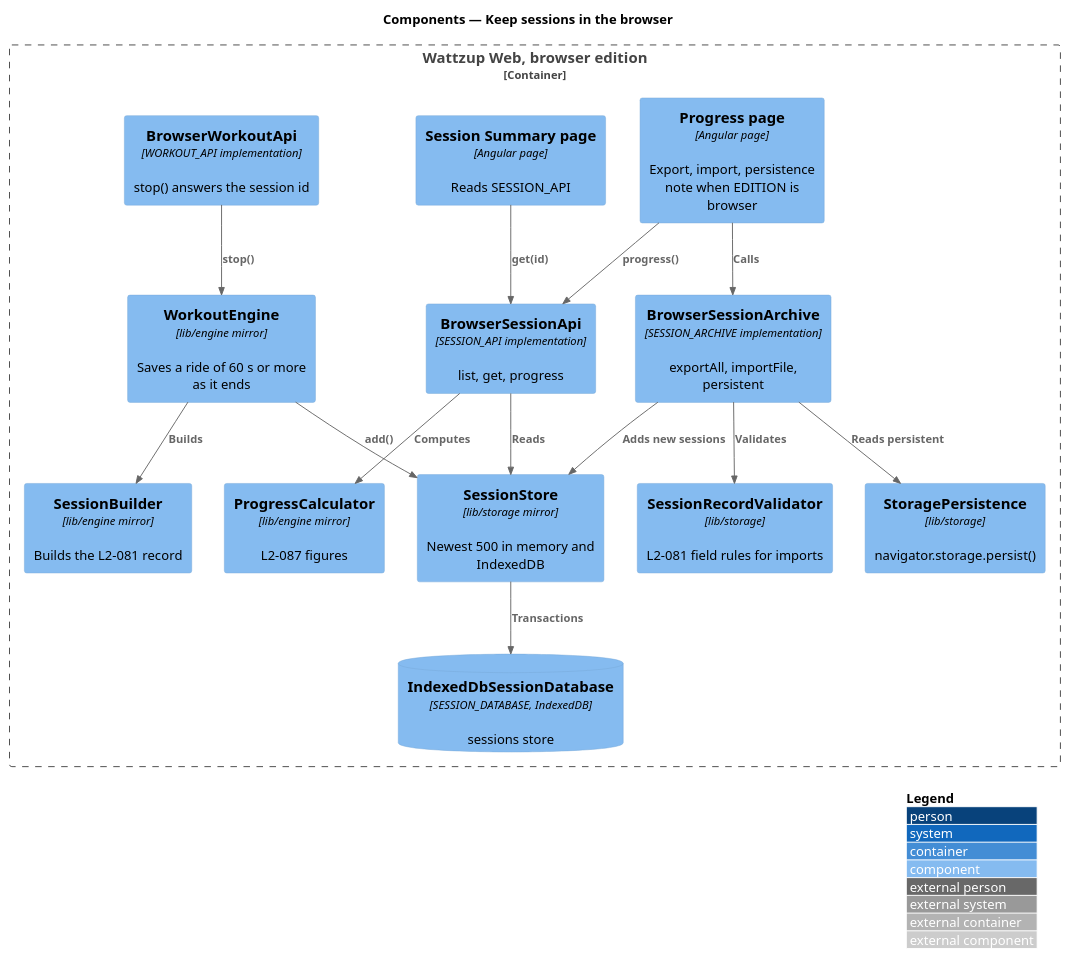
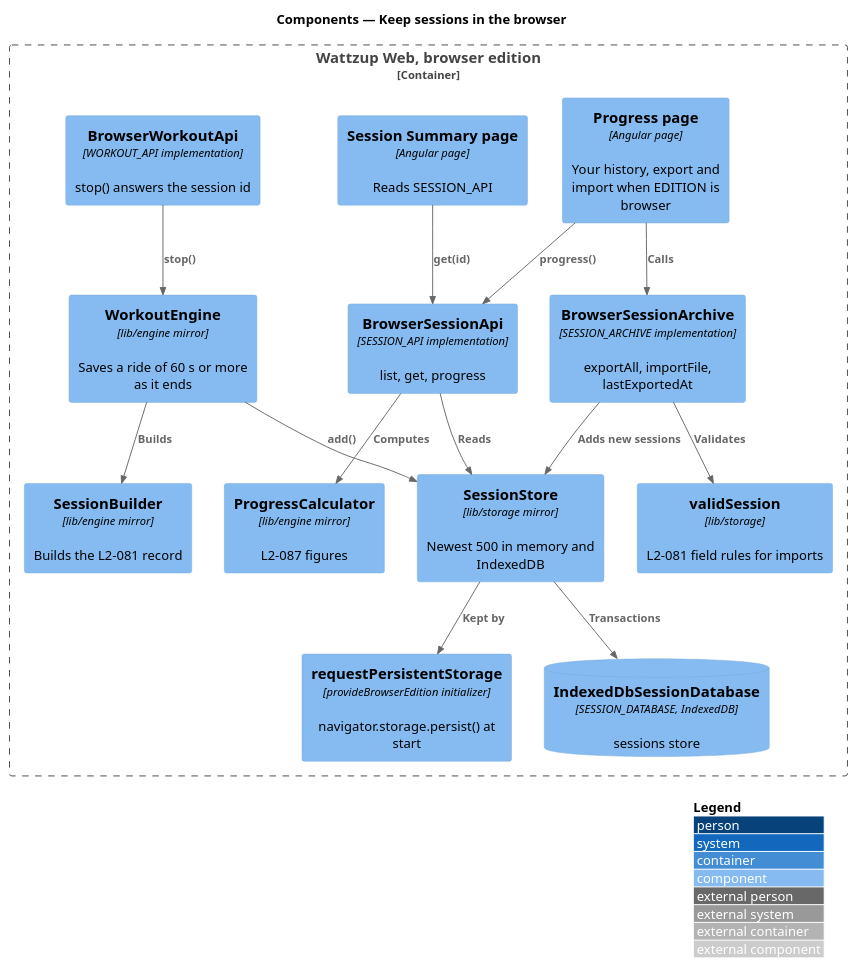
One commit to QuinntyneBrown/ride-one changed the diagram in docs/detailed-designs/browser-edition/keep-sessions-in-browser/diagrams/c4-component.puml. Above: the diagram before and after it, drawn with PlantUML. The commit also changed 32 other files, not shown here.

First line of the commit message:
Export and import the ride history in the browser edition (L2-094)

```diff
--- a/docs/detailed-designs/browser-edition/keep-sessions-in-browser/diagrams/c4-component.puml
+++ b/docs/detailed-designs/browser-edition/keep-sessions-in-browser/diagrams/c4-component.puml
@@ -1,32 +1,32 @@
 @startuml
 !include <C4/C4_Component>
 LAYOUT_WITH_LEGEND()
 title Components — Keep sessions in the browser
 
 Container_Boundary(app, "Wattzup Web, browser edition") {
-  Component(progress, "Progress page", "Angular page", "Export, import, persistence note when EDITION is browser")
+  Component(progress, "Progress page", "Angular page", "Your history, export and import when EDITION is browser")
   Component(summary, "Session Summary page", "Angular page", "Reads SESSION_API")
   Component(wapi, "BrowserWorkoutApi", "WORKOUT_API implementation", "stop() answers the session id")
   Component(engine, "WorkoutEngine", "lib/engine mirror", "Saves a ride of 60 s or more as it ends")
   Component(sapi, "BrowserSessionApi", "SESSION_API implementation", "list, get, progress")
-  Component(archive, "BrowserSessionArchive", "SESSION_ARCHIVE implementation", "exportAll, importFile, persistent")
+  Component(archive, "BrowserSessionArchive", "SESSION_ARCHIVE implementation", "exportAll, importFile, lastExportedAt")
   Component(builder, "SessionBuilder", "lib/engine mirror", "Builds the L2-081 record")
   Component(calc, "ProgressCalculator", "lib/engine mirror", "L2-087 figures")
   Component(store, "SessionStore", "lib/storage mirror", "Newest 500 in memory and IndexedDB")
-  Component(validator, "SessionRecordValidator", "lib/storage", "L2-081 field rules for imports")
-  Component(persist, "StoragePersistence", "lib/storage", "navigator.storage.persist()")
+  Component(validator, "validSession", "lib/storage", "L2-081 field rules for imports")
+  Component(persist, "requestPersistentStorage", "provideBrowserEdition initializer", "navigator.storage.persist() at start")
   ComponentDb(db, "IndexedDbSessionDatabase", "SESSION_DATABASE, IndexedDB", "sessions store")
 }
 Rel(progress, archive, "Calls")
 Rel(progress, sapi, "progress()")
 Rel(summary, sapi, "get(id)")
 Rel(wapi, engine, "stop()")
 Rel(engine, builder, "Builds")
 Rel(engine, store, "add()")
 Rel(sapi, store, "Reads")
 Rel(sapi, calc, "Computes")
 Rel(archive, validator, "Validates")
 Rel(archive, store, "Adds new sessions")
-Rel(archive, persist, "Reads persistent")
+Rel(store, persist, "Kept by")
 Rel(store, db, "Transactions")
 @enduml
```
